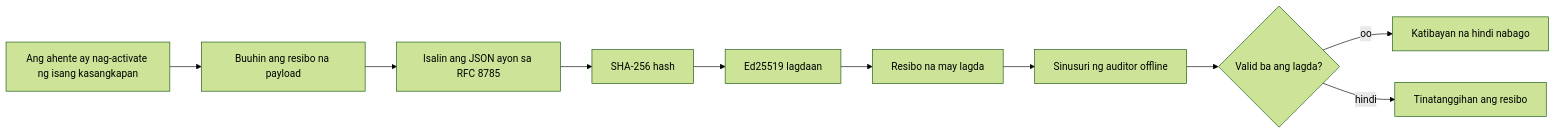
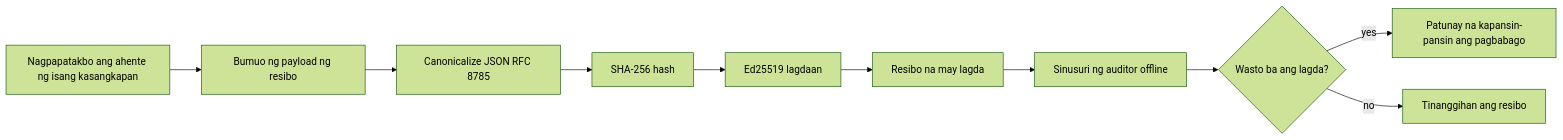
One commit to microsoft/ai-agents-for-beginners changed the first of 2 diagrams in translations/tl/18-securing-ai-agents/README.md. Above: the diagram before and after it, drawn with Mermaid (forest theme). The commit also changed other lines of this file and 222 other files, not shown here.

````diff
--- a/translations/tl/18-securing-ai-agents/README.md
+++ b/translations/tl/18-securing-ai-agents/README.md
@@ -51,12 +51,12 @@
 ```mermaid
 flowchart LR
-    A[Ang ahente ay nag-activate ng isang kasangkapan] --> B[Buuhin ang resibo na payload]
-    B --> C[Isalin ang JSON ayon sa RFC 8785]
+    A[Nagpapatakbo ang ahente ng isang kasangkapan] --> B[Bumuo ng payload ng resibo]
+    B --> C[Canonicalize JSON RFC 8785]
     C --> D[SHA-256 hash]
     D --> E[Ed25519 lagdaan]
     E --> F[Resibo na may lagda]
     F --> G[Sinusuri ng auditor offline]
-    G --> H{Valid ba ang lagda?}
-    H -- oo --> I[Katibayan na hindi nabago]
-    H -- hindi --> J[Tinatanggihan ang resibo]
+    G --> H{Wasto ba ang lagda?}
+    H -- yes --> I[Patunay na kapansin-pansin ang pagbabago]
+    H -- no --> J[Tinanggihan ang resibo]
 ```
````
